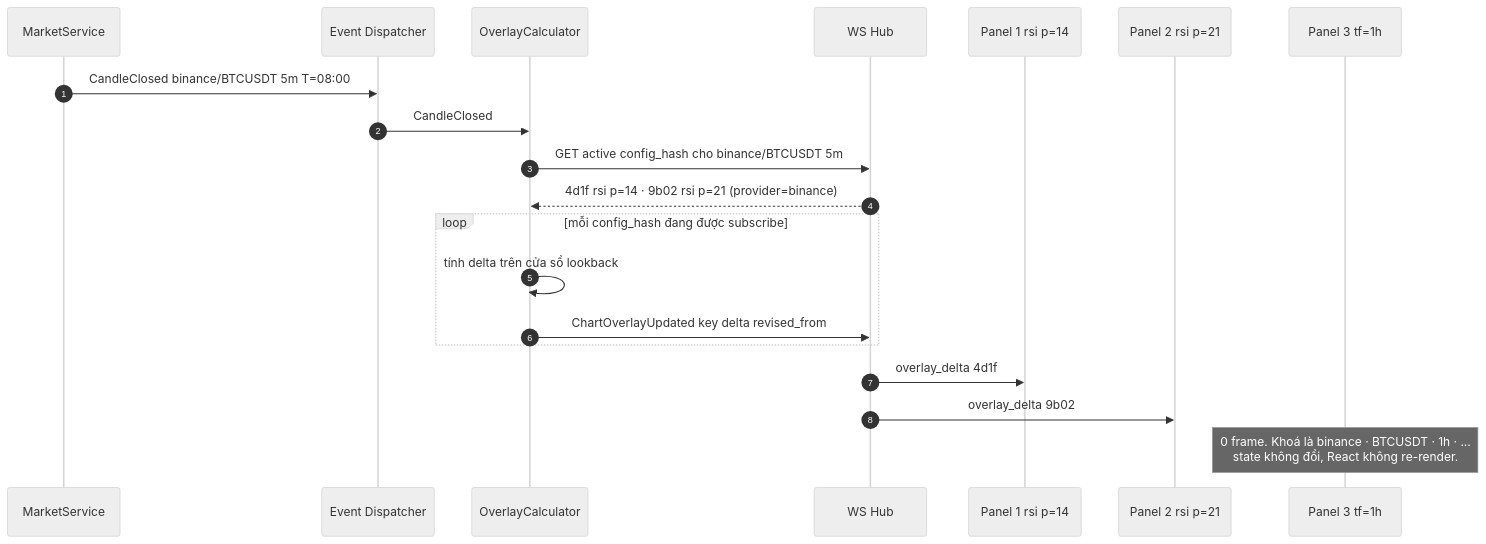
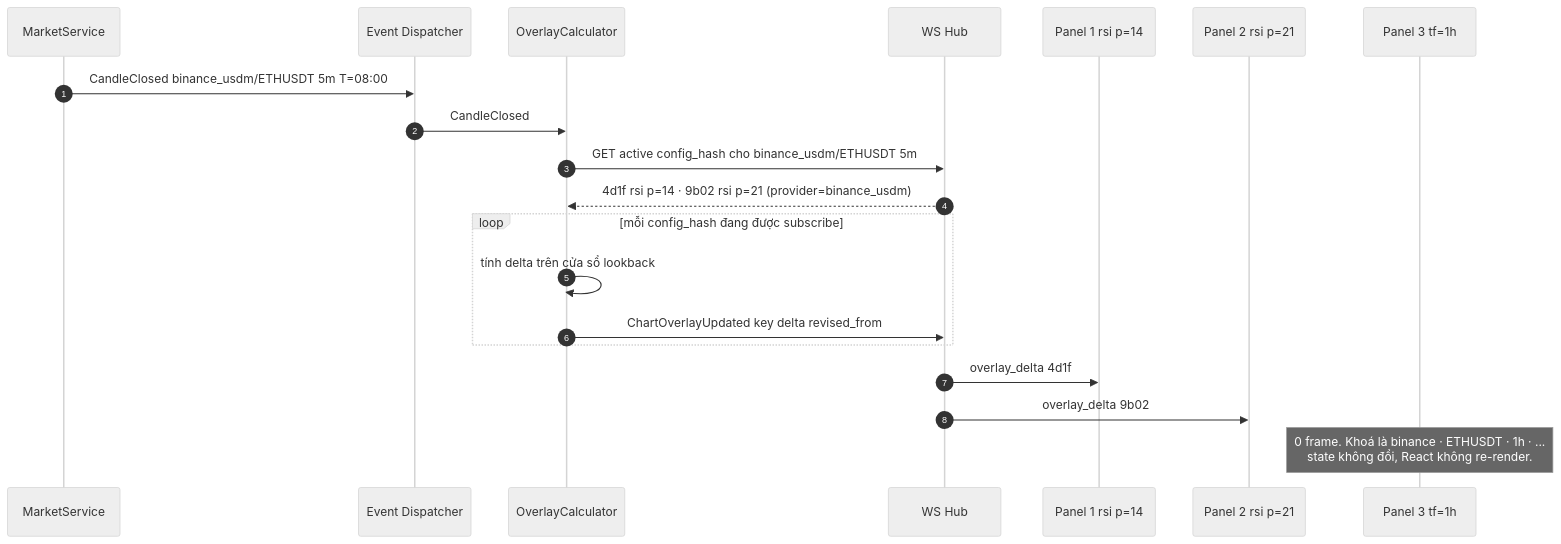
One commit to EnsoTech-Studio/CryptoBot changed the second of 2 diagrams in blueprint/specs/chart-overlay.md. Above: the diagram before and after it, drawn with Mermaid (neutral theme). The commit also changed other lines of this file and 69 other files, not shown here.

First line of the commit message:
docs(blueprint): reconcile Go architecture

````diff
--- a/blueprint/specs/chart-overlay.md
+++ b/blueprint/specs/chart-overlay.md
@@ -220,23 +238,23 @@
 ```mermaid
 sequenceDiagram
     autonumber
     participant MS as MarketService
     participant EV as Event Dispatcher
     participant OC as OverlayCalculator
     participant HUB as WS Hub
     participant P1 as Panel 1 rsi p=14
     participant P2 as Panel 2 rsi p=21
     participant P3 as Panel 3 tf=1h
 
-    MS->>EV: CandleClosed binance/BTCUSDT 5m T=08:00
+    MS->>EV: CandleClosed binance_usdm/ETHUSDT 5m T=08:00
     EV->>OC: CandleClosed
-    OC->>HUB: GET active config_hash cho binance/BTCUSDT 5m
-    HUB-->>OC: 4d1f rsi p=14 · 9b02 rsi p=21 (provider=binance)
+    OC->>HUB: GET active config_hash cho binance_usdm/ETHUSDT 5m
+    HUB-->>OC: 4d1f rsi p=14 · 9b02 rsi p=21 (provider=binance_usdm)
     loop mỗi config_hash đang được subscribe
         OC->>OC: tính delta trên cửa sổ lookback
         OC->>HUB: ChartOverlayUpdated key delta revised_from
     end
     HUB->>P1: overlay_delta 4d1f
     HUB->>P2: overlay_delta 9b02
-    Note over P3: 0 frame. Khoá là binance · BTCUSDT · 1h · ...<br/>state không đổi, React không re-render.
+    Note over P3: 0 frame. Khoá là binance · ETHUSDT · 1h · ...<br/>state không đổi, React không re-render.
 ```
````
